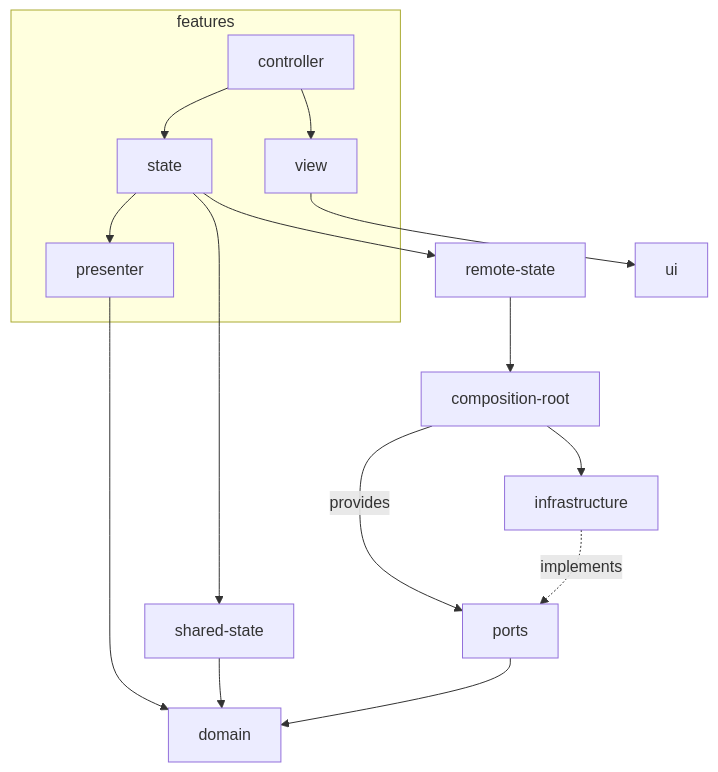
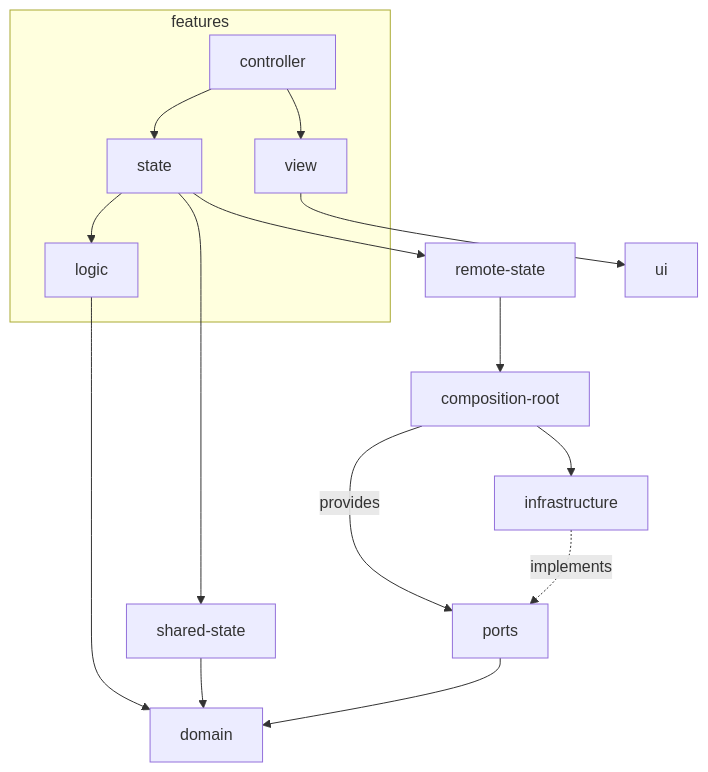
Before and after one commit to GautierBlandin/context-gpt: the diagram in dev-docs/frontend/project-structure.frontend.md, drawn with Mermaid. The commit also changed other lines of this file and 10 other files, not shown here.

````diff
--- a/dev-docs/frontend/project-structure.frontend.md
+++ b/dev-docs/frontend/project-structure.frontend.md
@@ -87,18 +87,18 @@
 ```mermaid
 graph TD
     subgraph "features" 
-        state --> presenter
+        state --> logic
         controller --> state
         controller --> view
     end
     state --> shared-state
     shared-state --> domain
     view --> ui
     state --> remote-state
-    presenter --> domain
+    logic --> domain
     ports[ports] --> domain
     infrastructure -.implements.-> ports
     compositionRoot[composition-root] --provides--> ports
     compositionRoot --> infrastructure
     remote-state[remote-state] --> compositionRoot
 ```
````
